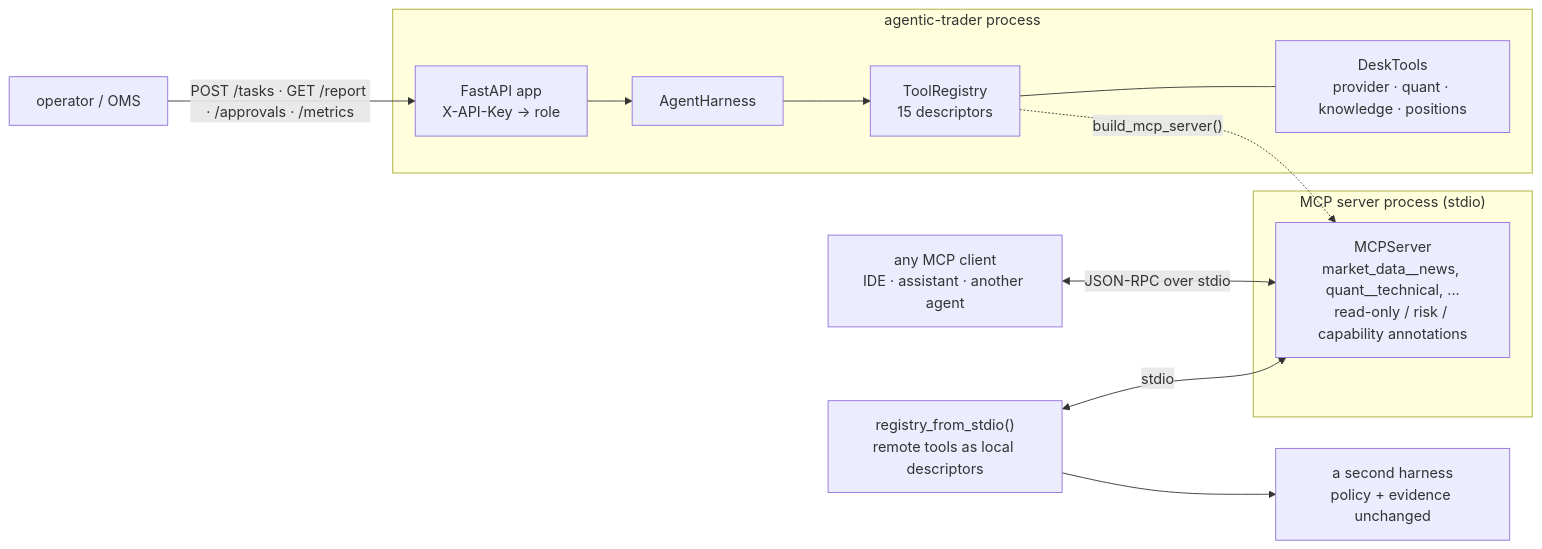
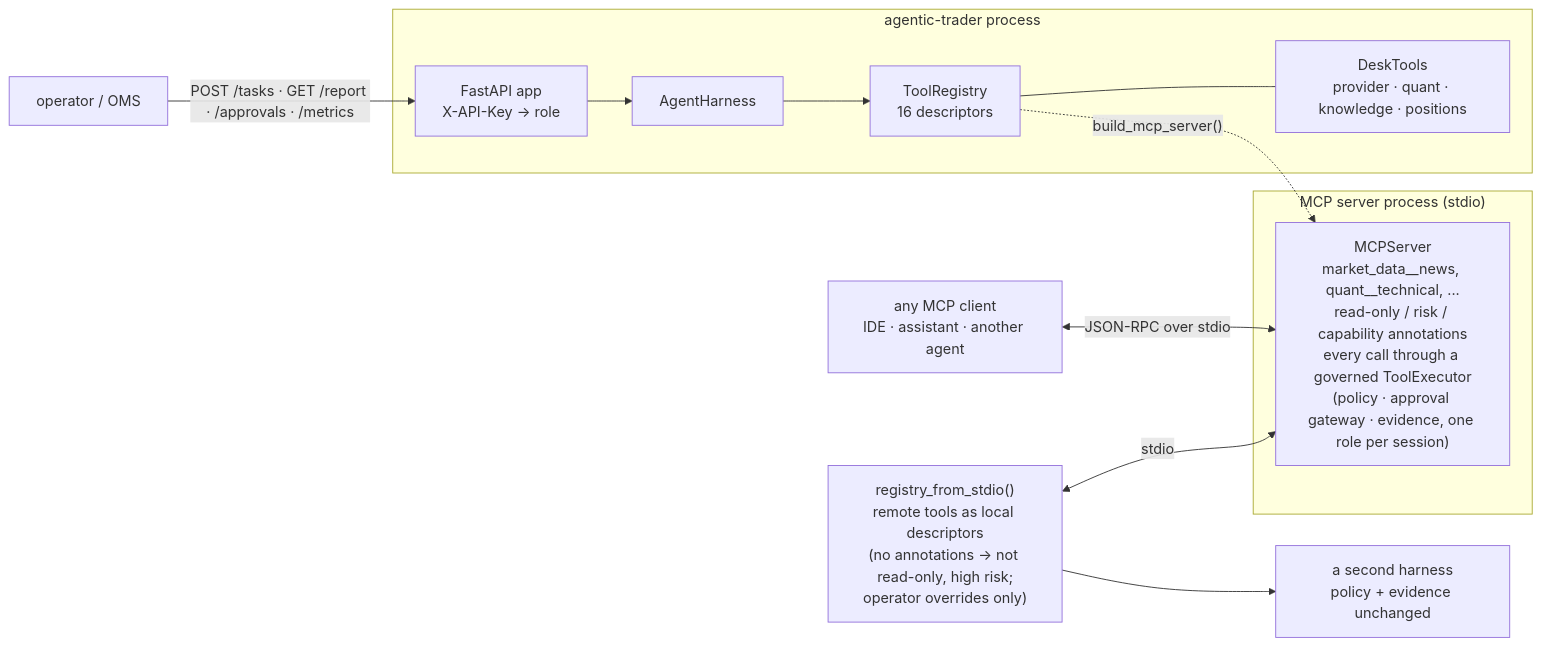
Before and after one commit to AshJha0/agentic-trader: diagram 16 of 30 in docs/DIAGRAMS.md, drawn with Mermaid. The commit also changed other lines of this file and 71 other files, not shown here.

````diff
--- a/docs/DIAGRAMS.md
+++ b/docs/DIAGRAMS.md
@@ -503,18 +513,18 @@
 ```mermaid
 flowchart LR
     subgraph Proc["agentic-trader process"]
-        REG["ToolRegistry<br/>15 descriptors"]
+        REG["ToolRegistry<br/>16 descriptors"]
         DT["DeskTools<br/>provider · quant · knowledge · positions"]
         REG --- DT
         HAR["AgentHarness"] --> REG
         API["FastAPI app<br/>X-API-Key → role"] --> HAR
     end
     subgraph MCPProc["MCP server process (stdio)"]
-        MS["MCPServer<br/>market_data__news, quant__technical, ...<br/>read-only / risk / capability annotations"]
+        MS["MCPServer<br/>market_data__news, quant__technical, ...<br/>read-only / risk / capability annotations<br/>every call through a governed ToolExecutor<br/>(policy · approval gateway · evidence, one role per session)"]
     end
     REG -.->|"build_mcp_server()"| MS
     CLIENT["any MCP client<br/>IDE · assistant · another agent"] <-->|JSON-RPC over stdio| MS
-    REMOTE["registry_from_stdio()<br/>remote tools as local descriptors"] <-->|stdio| MS
+    REMOTE["registry_from_stdio()<br/>remote tools as local descriptors<br/>(no annotations → not read-only, high risk;<br/>operator overrides only)"] <-->|stdio| MS
     REMOTE --> HAR2["a second harness<br/>policy + evidence unchanged"]
     OPS["operator / OMS"] -->|"POST /tasks · GET /report · /approvals · /metrics"| API
 ```
````
